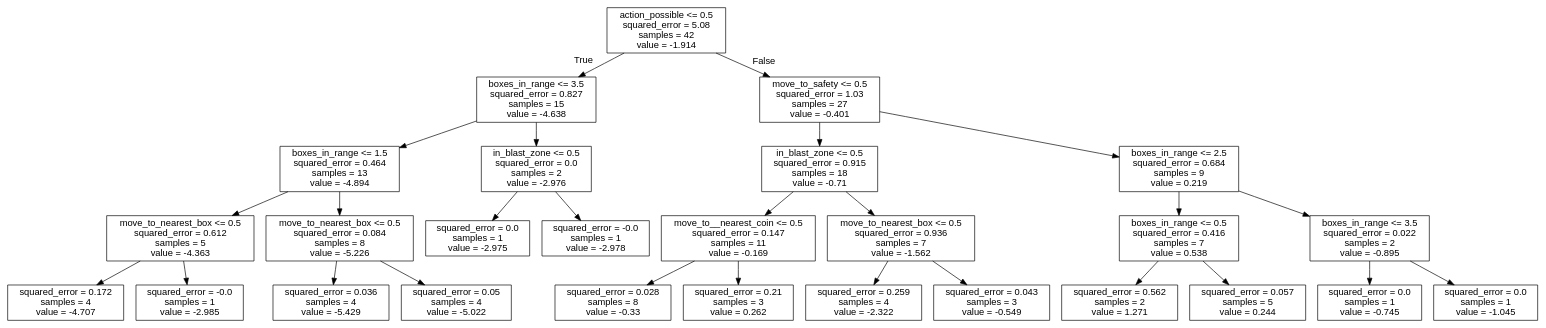
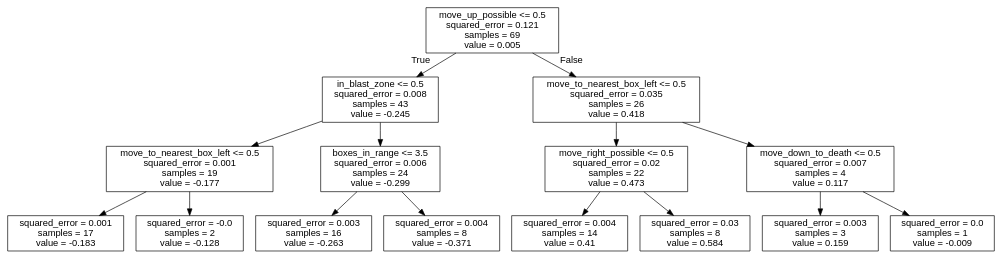
The diagram in bomberman_rl/agent_code/my_agent/trees/UP.dot (J-Gann/FML), drawn with Graphviz before and after one commit. The commit also changed 13 other files, not shown here.

```diff
--- a/bomberman_rl/agent_code/my_agent/trees/UP.dot
+++ b/bomberman_rl/agent_code/my_agent/trees/UP.dot
@@ -1,57 +1,33 @@
 digraph Tree {
 node [shape=box, fontname="helvetica"] ;
 edge [fontname="helvetica"] ;
-0 [label="action_possible <= 0.5\nsquared_error = 5.08\nsamples = 42\nvalue = -1.914"] ;
-1 [label="boxes_in_range <= 3.5\nsquared_error = 0.827\nsamples = 15\nvalue = -4.638"] ;
+0 [label="move_up_possible <= 0.5\nsquared_error = 0.121\nsamples = 69\nvalue = 0.005"] ;
+1 [label="in_blast_zone <= 0.5\nsquared_error = 0.008\nsamples = 43\nvalue = -0.245"] ;
 0 -> 1 [labeldistance=2.5, labelangle=45, headlabel="True"] ;
-2 [label="boxes_in_range <= 1.5\nsquared_error = 0.464\nsamples = 13\nvalue = -4.894"] ;
+2 [label="move_to_nearest_box_left <= 0.5\nsquared_error = 0.001\nsamples = 19\nvalue = -0.177"] ;
 1 -> 2 ;
-3 [label="move_to_nearest_box <= 0.5\nsquared_error = 0.612\nsamples = 5\nvalue = -4.363"] ;
+3 [label="squared_error = 0.001\nsamples = 17\nvalue = -0.183"] ;
 2 -> 3 ;
-4 [label="squared_error = 0.172\nsamples = 4\nvalue = -4.707"] ;
-3 -> 4 ;
-5 [label="squared_error = -0.0\nsamples = 1\nvalue = -2.985"] ;
-3 -> 5 ;
-6 [label="move_to_nearest_box <= 0.5\nsquared_error = 0.084\nsamples = 8\nvalue = -5.226"] ;
-2 -> 6 ;
-7 [label="squared_error = 0.036\nsamples = 4\nvalue = -5.429"] ;
-6 -> 7 ;
-8 [label="squared_error = 0.05\nsamples = 4\nvalue = -5.022"] ;
-6 -> 8 ;
-9 [label="in_blast_zone <= 0.5\nsquared_error = 0.0\nsamples = 2\nvalue = -2.976"] ;
-1 -> 9 ;
-10 [label="squared_error = 0.0\nsamples = 1\nvalue = -2.975"] ;
+4 [label="squared_error = -0.0\nsamples = 2\nvalue = -0.128"] ;
+2 -> 4 ;
+5 [label="boxes_in_range <= 3.5\nsquared_error = 0.006\nsamples = 24\nvalue = -0.299"] ;
+1 -> 5 ;
+6 [label="squared_error = 0.003\nsamples = 16\nvalue = -0.263"] ;
+5 -> 6 ;
+7 [label="squared_error = 0.004\nsamples = 8\nvalue = -0.371"] ;
+5 -> 7 ;
+8 [label="move_to_nearest_box_left <= 0.5\nsquared_error = 0.035\nsamples = 26\nvalue = 0.418"] ;
+0 -> 8 [labeldistance=2.5, labelangle=-45, headlabel="False"] ;
+9 [label="move_right_possible <= 0.5\nsquared_error = 0.02\nsamples = 22\nvalue = 0.473"] ;
+8 -> 9 ;
+10 [label="squared_error = 0.004\nsamples = 14\nvalue = 0.41"] ;
 9 -> 10 ;
-11 [label="squared_error = -0.0\nsamples = 1\nvalue = -2.978"] ;
+11 [label="squared_error = 0.03\nsamples = 8\nvalue = 0.584"] ;
 9 -> 11 ;
-12 [label="move_to_safety <= 0.5\nsquared_error = 1.03\nsamples = 27\nvalue = -0.401"] ;
-0 -> 12 [labeldistance=2.5, labelangle=-45, headlabel="False"] ;
-13 [label="in_blast_zone <= 0.5\nsquared_error = 0.915\nsamples = 18\nvalue = -0.71"] ;
+12 [label="move_down_to_death <= 0.5\nsquared_error = 0.007\nsamples = 4\nvalue = 0.117"] ;
+8 -> 12 ;
+13 [label="squared_error = 0.003\nsamples = 3\nvalue = 0.159"] ;
 12 -> 13 ;
-14 [label="move_to__nearest_coin <= 0.5\nsquared_error = 0.147\nsamples = 11\nvalue = -0.169"] ;
-13 -> 14 ;
-15 [label="squared_error = 0.028\nsamples = 8\nvalue = -0.33"] ;
-14 -> 15 ;
-16 [label="squared_error = 0.21\nsamples = 3\nvalue = 0.262"] ;
-14 -> 16 ;
-17 [label="move_to_nearest_box <= 0.5\nsquared_error = 0.936\nsamples = 7\nvalue = -1.562"] ;
-13 -> 17 ;
-18 [label="squared_error = 0.259\nsamples = 4\nvalue = -2.322"] ;
-17 -> 18 ;
-19 [label="squared_error = 0.043\nsamples = 3\nvalue = -0.549"] ;
-17 -> 19 ;
-20 [label="boxes_in_range <= 2.5\nsquared_error = 0.684\nsamples = 9\nvalue = 0.219"] ;
-12 -> 20 ;
-21 [label="boxes_in_range <= 0.5\nsquared_error = 0.416\nsamples = 7\nvalue = 0.538"] ;
-20 -> 21 ;
-22 [label="squared_error = 0.562\nsamples = 2\nvalue = 1.271"] ;
-21 -> 22 ;
-23 [label="squared_error = 0.057\nsamples = 5\nvalue = 0.244"] ;
-21 -> 23 ;
-24 [label="boxes_in_range <= 3.5\nsquared_error = 0.022\nsamples = 2\nvalue = -0.895"] ;
-20 -> 24 ;
-25 [label="squared_error = 0.0\nsamples = 1\nvalue = -0.745"] ;
-24 -> 25 ;
-26 [label="squared_error = 0.0\nsamples = 1\nvalue = -1.045"] ;
-24 -> 26 ;
+14 [label="squared_error = 0.0\nsamples = 1\nvalue = -0.009"] ;
+12 -> 14 ;
 }
```
